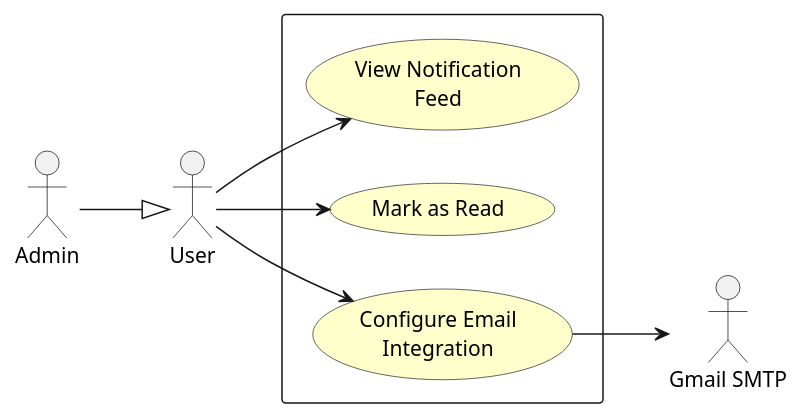
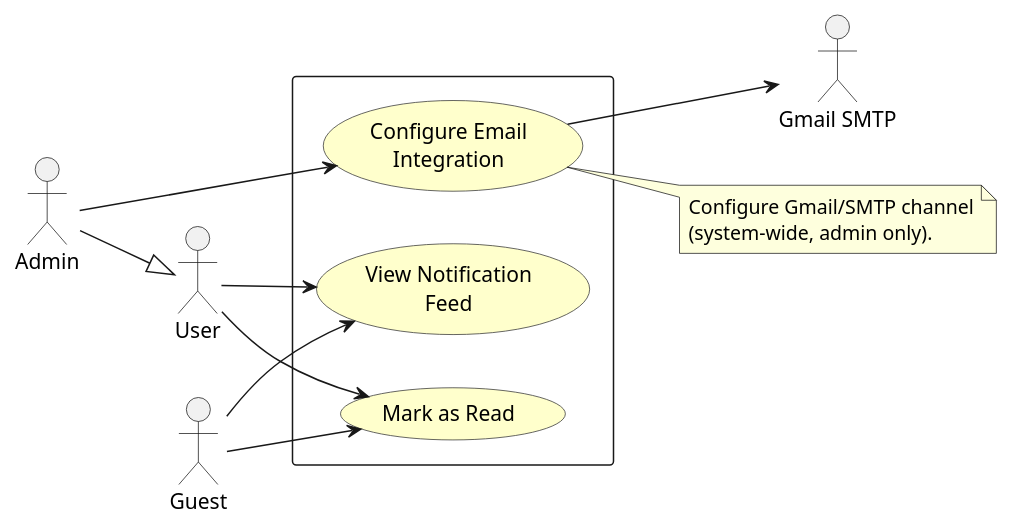
The diagram in diagrams/uc_10_notification_settings.puml (hung-org-117/build-risk-dashboard), drawn with PlantUML before and after one commit. The commit also changed 46 other files, not shown here.

```diff
--- a/diagrams/uc_10_notification_settings.puml
+++ b/diagrams/uc_10_notification_settings.puml
@@ -1,31 +1,39 @@
 @startuml
 '===============================================================
-' UC-10: CONFIGURE NOTIFICATION SETTINGS (Both)
+' UC-10: CONFIGURE NOTIFICATION SETTINGS (Admin/User/Guest)
 '===============================================================
 
 skinparam actorStyle stick
 skinparam usecase {
     BorderColor #333333
     BackgroundColor #FFFFCC
 }
 
 left to right direction
 
 actor "Admin" as Admin
 actor "User" as User
 Admin --|> User
+actor "Guest" as Guest
 actor "Gmail SMTP" as SMTP
 
 rectangle {
     usecase "View Notification\nFeed" as UC_Feed
     usecase "Mark as Read" as UC_MarkRead
     usecase "Configure Email\nIntegration" as UC_Email
 }
 
 User --> UC_Feed
 User --> UC_MarkRead
-User --> UC_Email
+Guest --> UC_Feed
+Guest --> UC_MarkRead
+Admin --> UC_Email
 
 UC_Email --> SMTP
 
+note right of UC_Email
+  Configure Gmail/SMTP channel
+  (system-wide, admin only).
+end note
+
 @enduml
```
